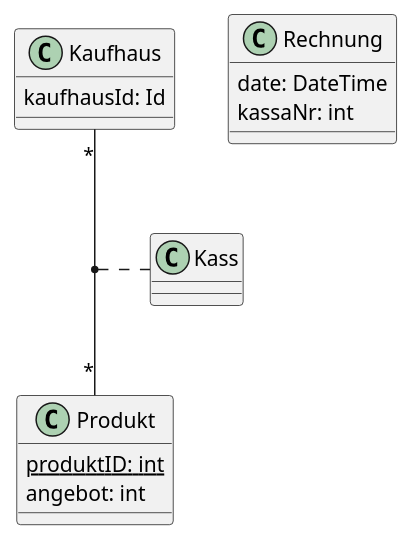
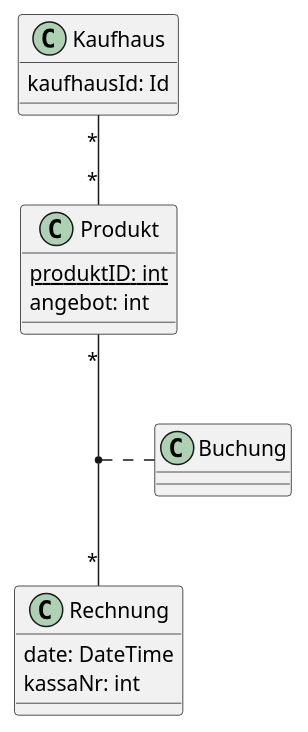
Before and after one commit to ThallerDavid/08-nost-sem05-ThallerDavid: the diagram in uml.puml, drawn with PlantUML. The commit also changed 1 other file, not shown here.

```diff
--- a/uml.puml
+++ b/uml.puml
@@ -1,22 +1,26 @@
 @startuml
 
 class Kaufhaus{
     kaufhausId: Id
 }
 
 class Produkt{
     {static}produktID: int
     angebot: int
 }
 
 class Rechnung{
     date: DateTime
     kassaNr: int
 }
 
+
+
 Kaufhaus "*" -- "*"Produkt
 
-(Kaufhaus, Produkt) .. Kass
+Produkt "*" -- "*" Rechnung
+
+(Produkt, Rechnung) ... Buchung
 
 
 @enduml
```
